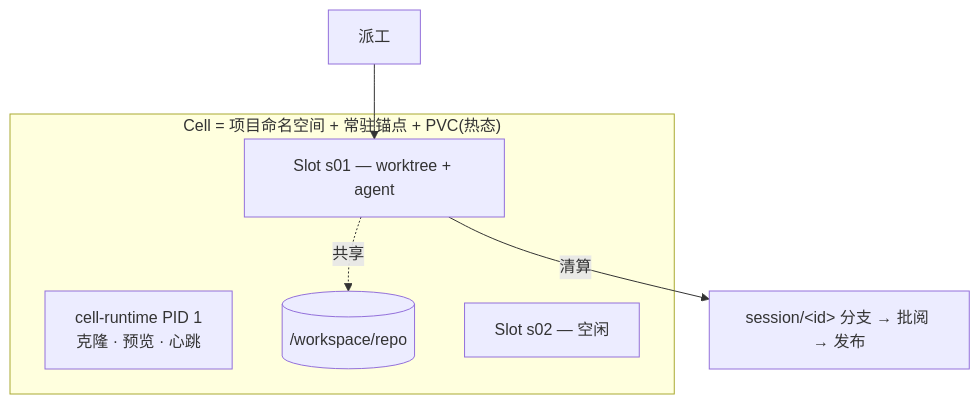
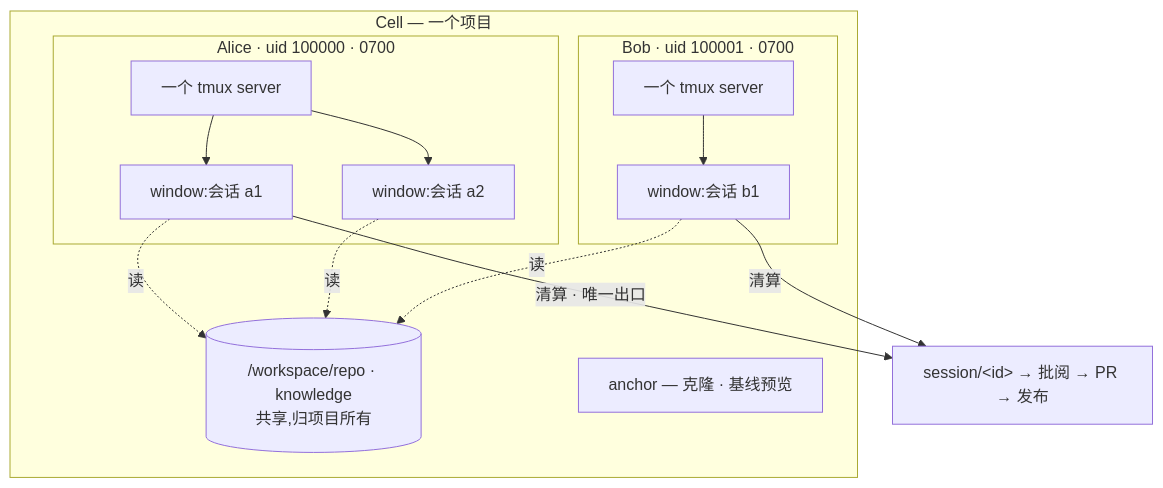
The diagram in README.zh-CN.md (zippo1908/agentcell), drawn with Mermaid before and after one commit. The commit also changed other lines of this file and 1 other file, not shown here.

````diff
--- a/README.zh-CN.md
+++ b/README.zh-CN.md
@@ -35,12 +38,21 @@
 ```mermaid
 flowchart TB
-    subgraph CELL["Cell = 项目命名空间 + 常驻锚点 + PVC(热态)"]
-        PID1["cell-runtime PID 1<br/>克隆 · 预览 · 心跳"]
-        OBJ[("/workspace/repo")]
-        S1["Slot s01 — worktree + agent"]
-        S2["Slot s02 — 空闲"]
+    subgraph CELL["Cell — 一个项目"]
+        OBJ[("/workspace/repo · knowledge<br/>共享,归项目所有")]
+        ANCHOR["anchor — 克隆 · 基线预览"]
+        subgraph UA["Alice · uid 100000 · 0700"]
+            TA["一个 tmux server"]
+            WA1["window:会话 a1"]
+            WA2["window:会话 a2"]
+        end
+        subgraph UB["Bob · uid 100001 · 0700"]
+            TB["一个 tmux server"]
+            WB1["window:会话 b1"]
+        end
     end
-    D["派工"] --> S1
-    S1 -->|清算| BR["session/&lt;id&gt; 分支 → 批阅 → 发布"]
-    S1 -.->|共享| OBJ
+    TA --> WA1 & WA2
+    TB --> WB1
+    WA1 & WA2 & WB1 -.->|读| OBJ
+    WA1 -->|清算 · 唯一出口| BR["session/&lt;id&gt; → 批阅 → PR → 发布"]
+    WB1 -->|清算| BR
 ```
````
